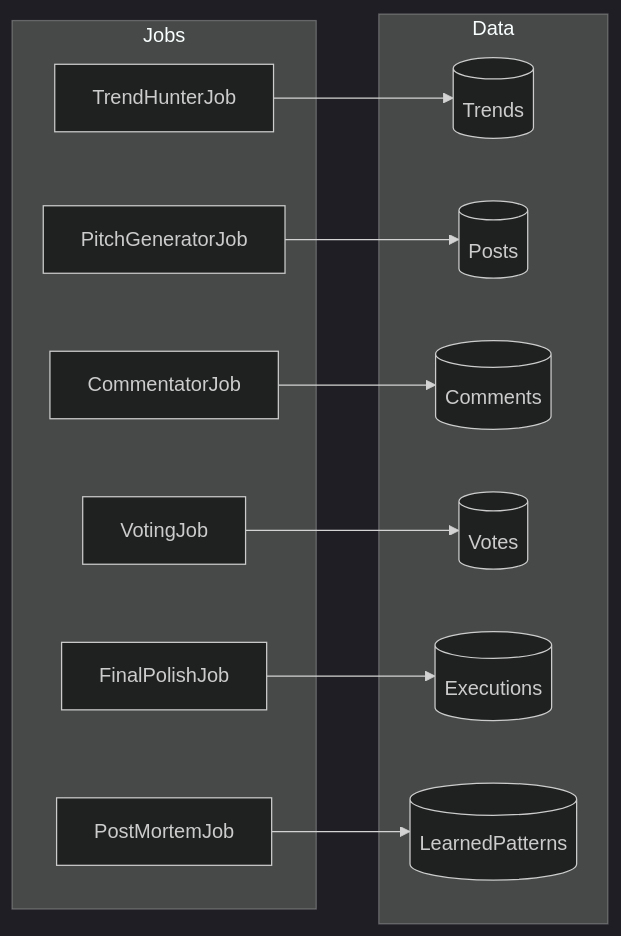
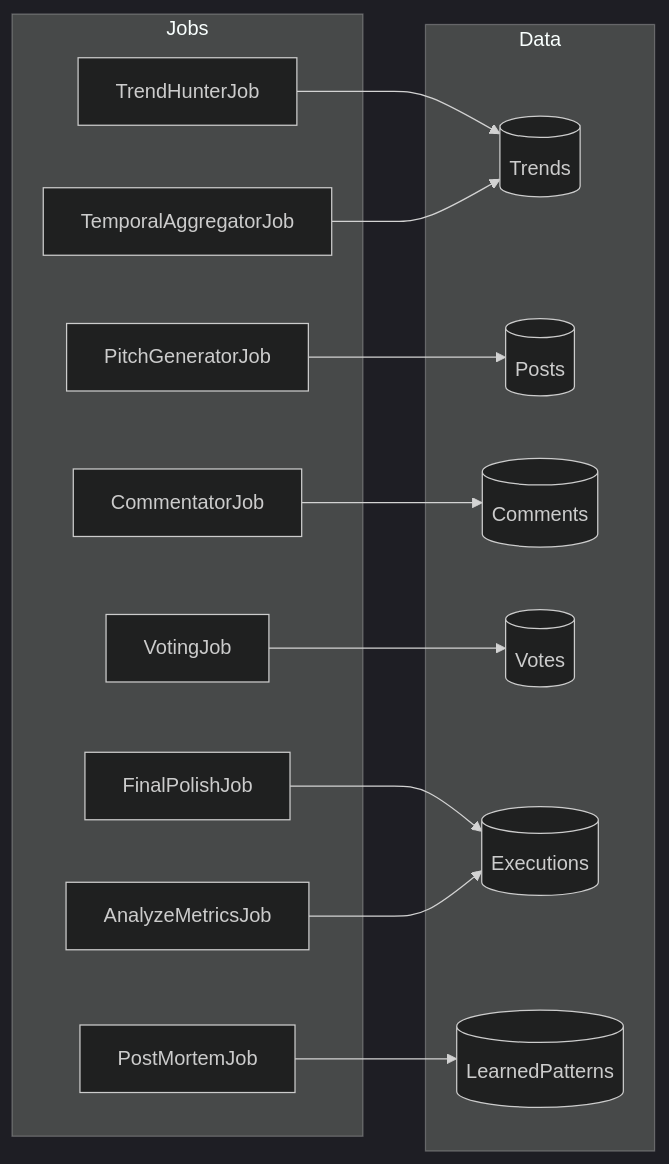
The third of 4 diagrams in app/controllers/agora/ARCHITECTURE.md (Fh-Ndiritu/tool_tide), drawn with Mermaid (dark theme) before and after one commit. The commit also changed other lines of this file and 20 other files, not shown here.

````diff
--- a/app/controllers/agora/ARCHITECTURE.md
+++ b/app/controllers/agora/ARCHITECTURE.md
@@ -48,27 +49,31 @@
 ```mermaid
 flowchart LR
     subgraph Jobs
         THJ[TrendHunterJob]
         PGJ[PitchGeneratorJob]
         CMJ[CommentatorJob]
         VTJ[VotingJob]
         FPJ[FinalPolishJob]
+        AEJ[AnalyzeMetricsJob]
         PMJ[PostMortemJob]
+        TAJ[TemporalAggregatorJob]
     end
 
     subgraph Data
         TR[(Trends)]
         PO[(Posts)]
         CO[(Comments)]
         VO[(Votes)]
         EX[(Executions)]
         LP[(LearnedPatterns)]
     end
 
     THJ --> TR
     PGJ --> PO
     CMJ --> CO
     VTJ --> VO
     FPJ --> EX
+    AEJ --> EX
     PMJ --> LP
+    TAJ --> TR
 ```
````
